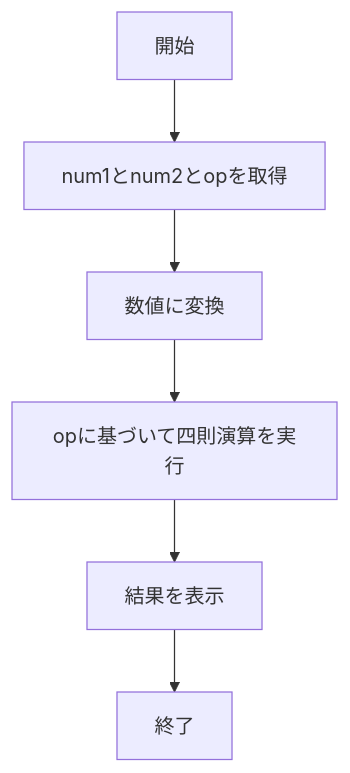
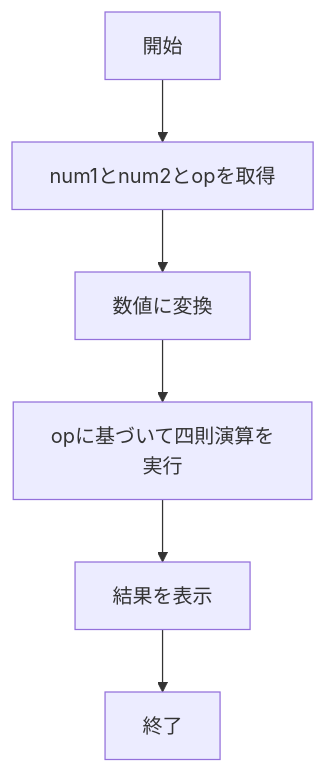
Before and after one commit to ryotaozoe/webpro_06: the fourth of 4 diagrams in README.md, drawn with Mermaid. The commit also changed other lines of this file, not shown here.

````diff
--- a/README.md
+++ b/README.md
@@ -135,12 +99,13 @@
 ```mermaid
 flowchart TD;
 
     start4["開始"]
     get_params4["num1とnum2とopを取得"]
     convert4["数値に変換"]
-    calculate4["opに基づいて四則演算を実行"]
+    calculate4["opに基づいて四則演算を
+    実行"]
     display_sum4["結果を表示"]
     end4["終了"]
     
     start4 --> get_params4 --> convert4 --> calculate4 --> display_sum4 --> end4
 ```
````
